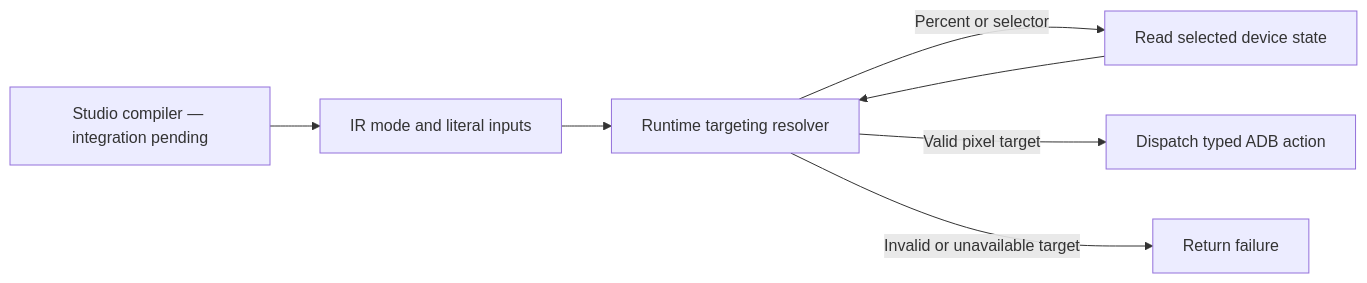
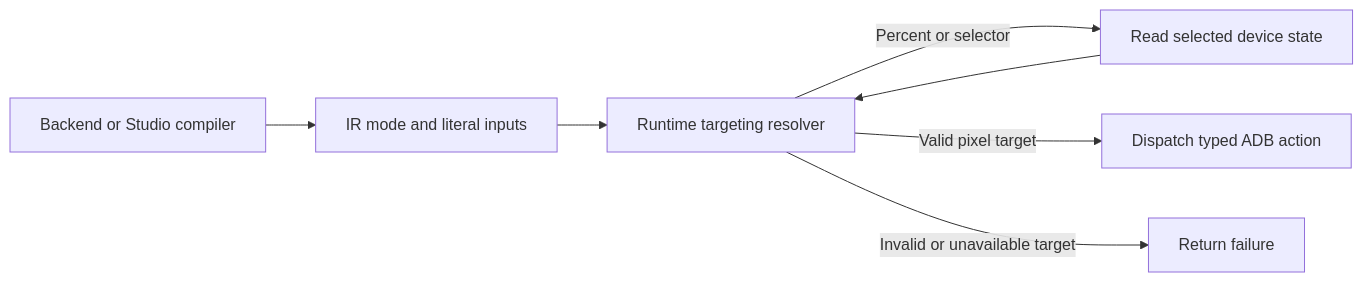
One commit to A2MaTex/a2matex-docs changed the diagram in components/a2matex-runtime/contracts/android_targeting.md. Above: the diagram before and after it, drawn with Mermaid. The commit also changed other lines of this file and 23 other files, not shown here.

Commit message:
update editor graph, workflow revision and runtime ir

````diff
--- a/components/a2matex-runtime/contracts/android_targeting.md
+++ b/components/a2matex-runtime/contracts/android_targeting.md
@@ -13,9 +14,9 @@
 ```mermaid
 flowchart LR
-  S[Studio compiler — integration pending] --> I[IR mode and literal inputs]
+  S[Backend or Studio compiler] --> I[IR mode and literal inputs]
   I --> R[Runtime targeting resolver]
   R -->|Percent or selector| A[Read selected device state]
   A --> R
   R -->|Valid pixel target| D[Dispatch typed ADB action]
   R -->|Invalid or unavailable target| E[Return failure]
 ```
````
